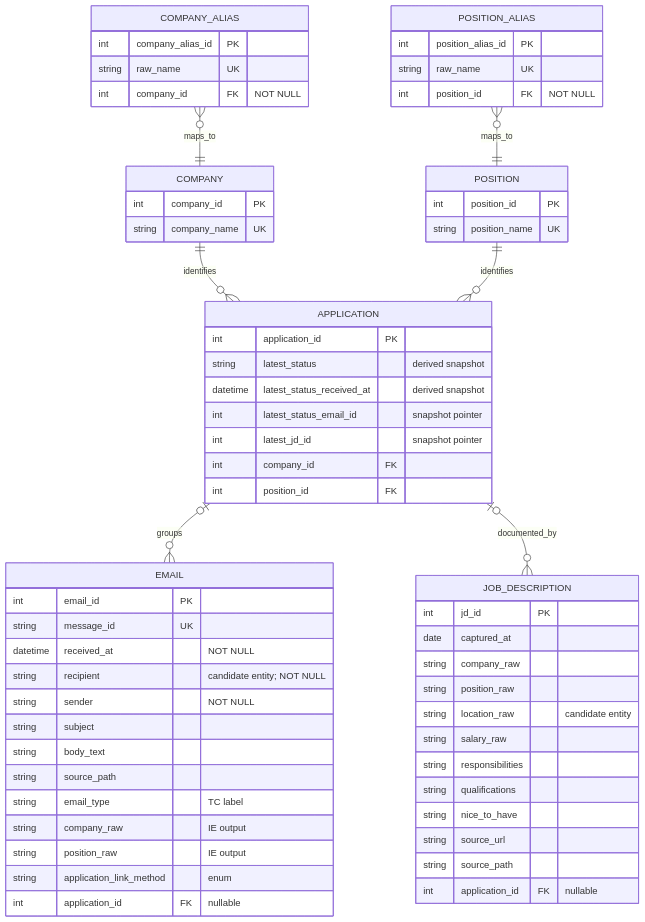
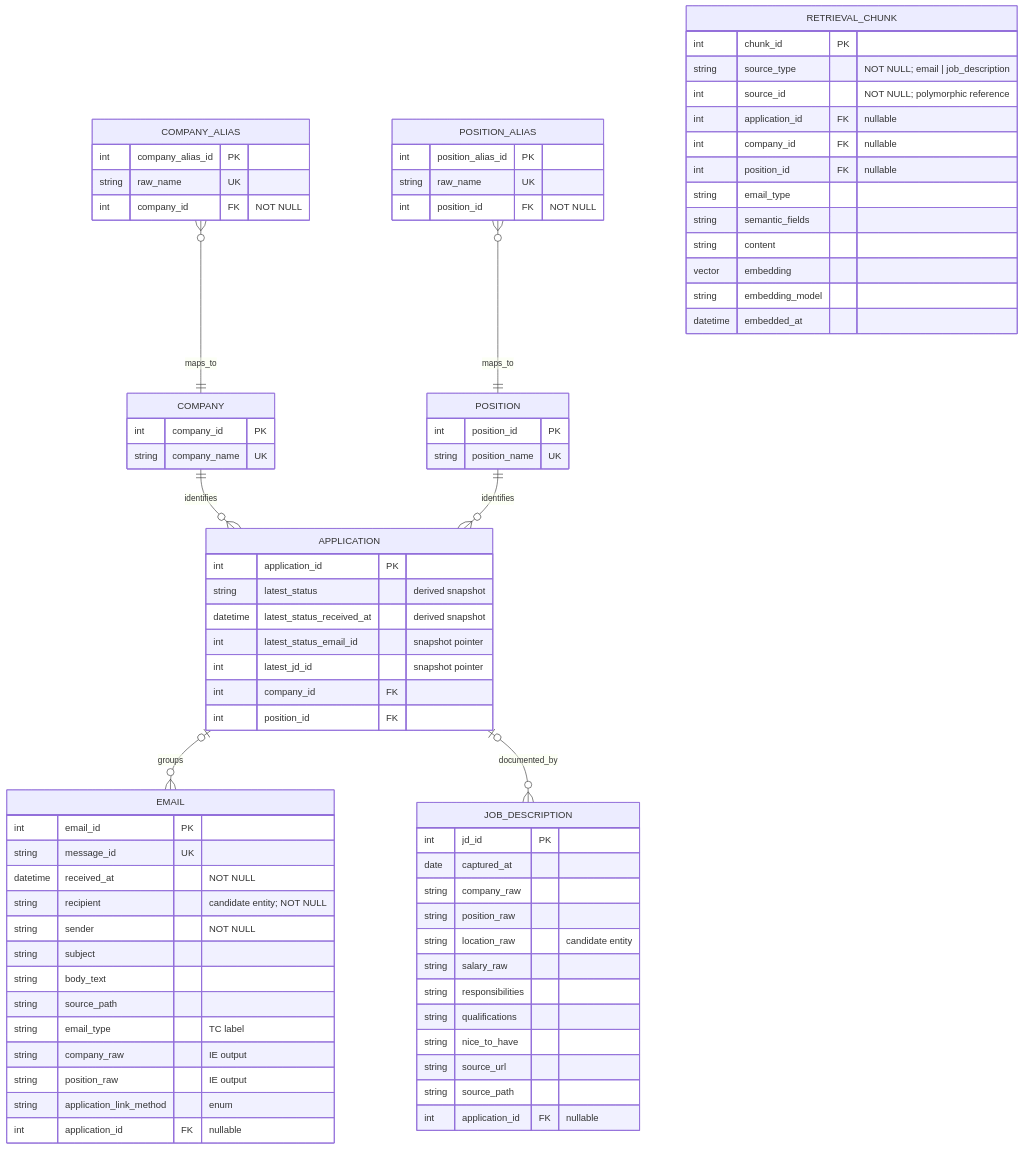
The diagram in docs/logical_schema.md (Kaichao-Zheng/Heard-Back-Yet), drawn with Mermaid before and after one commit. The commit also changed 1 other file, not shown here.

Commit message:
docs: define retrieval chunk table

```diff
--- a/docs/logical_schema.md
+++ b/docs/logical_schema.md
@@ -63,6 +63,20 @@
         int application_id FK "nullable"
     }
 
+    RETRIEVAL_CHUNK {
+        int chunk_id PK
+        string source_type "NOT NULL; email | job_description"
+        int source_id "NOT NULL; polymorphic reference"
+        int application_id FK "nullable"
+        int company_id FK "nullable"
+        int position_id FK "nullable"
+        string email_type
+        string semantic_fields
+        string content
+        vector embedding
+        string embedding_model
+        datetime embedded_at
+    }
     
     COMPANY_ALIAS }o--|| COMPANY : maps_to
     POSITION_ALIAS }o--|| POSITION : maps_to
```
